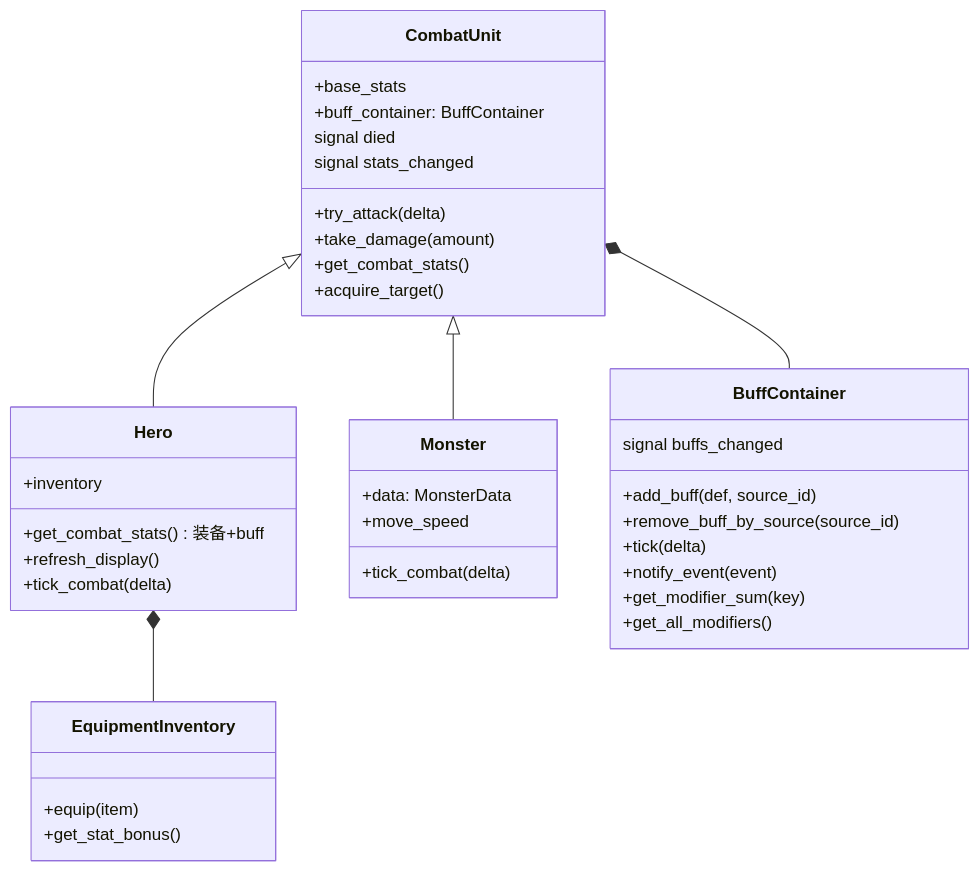
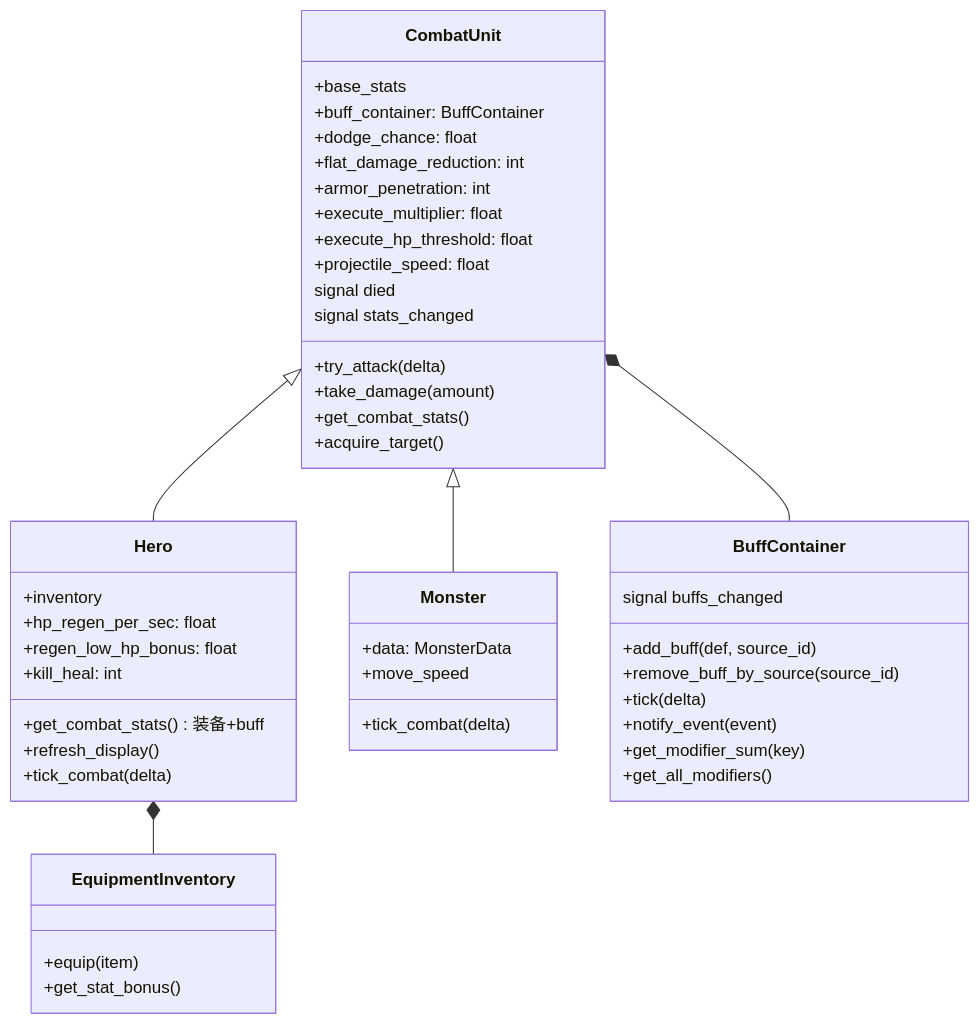
The first of 2 diagrams in docs/knowledge/03-战斗系统.md (yolk-l/free-fight), drawn with Mermaid before and after one commit. The commit also changed other lines of this file and 159 other files, not shown here.

````diff
--- a/docs/knowledge/03-战斗系统.md
+++ b/docs/knowledge/03-战斗系统.md
@@ -25,41 +26,50 @@
 ```mermaid
 classDiagram
     class CombatUnit {
         +base_stats
         +buff_container: BuffContainer
+        +dodge_chance: float
+        +flat_damage_reduction: int
+        +armor_penetration: int
+        +execute_multiplier: float
+        +execute_hp_threshold: float
+        +projectile_speed: float
         +try_attack(delta)
         +take_damage(amount)
         +get_combat_stats()
         +acquire_target()
         signal died
         signal stats_changed
     }
     class Hero {
         +inventory
+        +hp_regen_per_sec: float
+        +regen_low_hp_bonus: float
+        +kill_heal: int
         +get_combat_stats() 装备+buff
         +refresh_display()
         +tick_combat(delta)
     }
     class Monster {
         +data: MonsterData
         +move_speed
         +tick_combat(delta)
     }
     class BuffContainer {
         +add_buff(def, source_id)
         +remove_buff_by_source(source_id)
         +tick(delta)
         +notify_event(event)
         +get_modifier_sum(key)
         +get_all_modifiers()
         signal buffs_changed
     }
     class EquipmentInventory {
         +equip(item)
         +get_stat_bonus()
     }
     CombatUnit <|-- Hero
     CombatUnit <|-- Monster
     CombatUnit *-- BuffContainer
     Hero *-- EquipmentInventory
 ```
````
